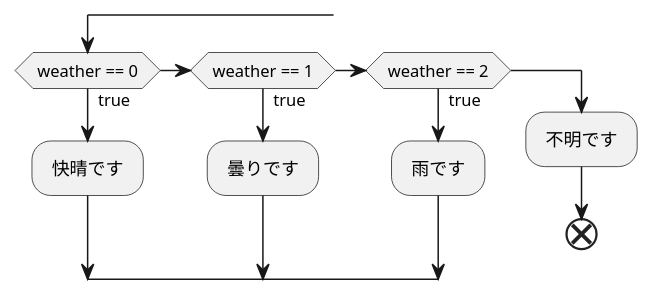
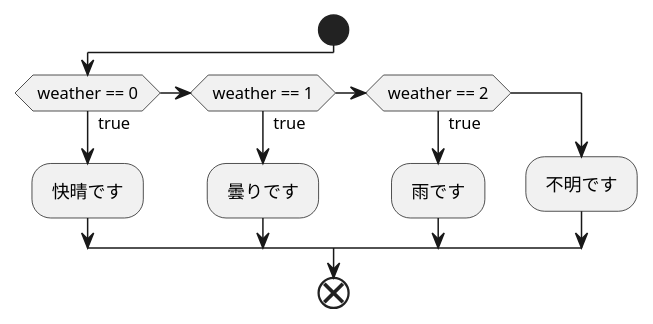
One commit to Aso2001003/2021sys-design changed the diagram in kadai3.md. Above: the diagram before and after it, drawn with PlantUML.

````diff
--- a/kadai3.md
+++ b/kadai3.md
@@ -1,16 +1,19 @@
 ```uml
 @startuml
+
+Start
 
 if ( weather == 0 ) then ( true )
 : 快晴です ;
 elseif ( weather == 1 ) then ( true )
 : 曇りです ;
 elseif ( weather == 2 ) then ( true )
 : 雨です ;
 else
 : 不明です ;
 
+endif
 
 end
 @enduml
 ```
````
